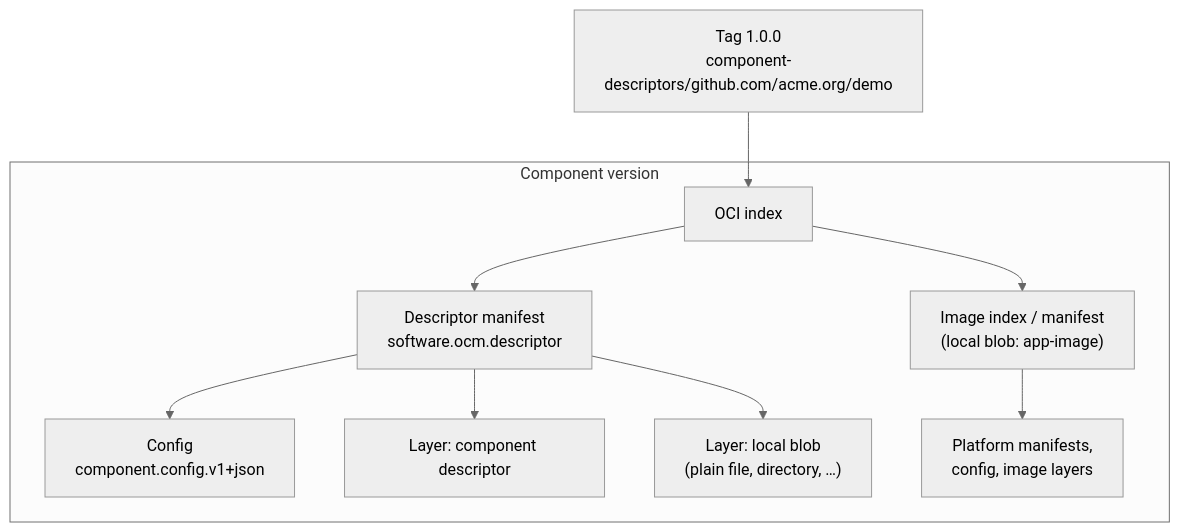
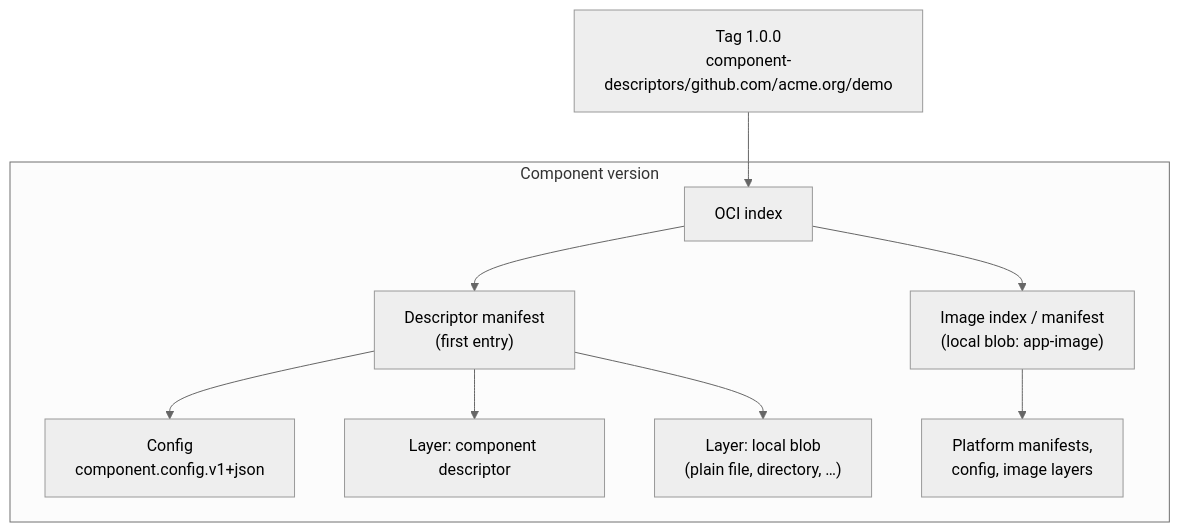
One commit to open-component-model/open-component-model changed the second of 2 diagrams in website/content/docs/concepts/component-storage.md. Above: the diagram before and after it, drawn with Mermaid (neutral theme). The commit also changed other lines of this file, not shown here.

First line of the commit message:
docs(concepts): add sample manifest and index to storage page

````diff
--- a/website/content/docs/concepts/component-storage.md
+++ b/website/content/docs/concepts/component-storage.md
@@ -61,14 +117,14 @@
 ```mermaid
 flowchart TD
     tag["Tag 1.0.0<br/>component-descriptors/github.com/acme.org/demo"] --> idx
 
     subgraph cv["Component version"]
         idx["OCI index"]
-        idx --> dm["Descriptor manifest<br/>software.ocm.descriptor"]
+        idx --> dm["Descriptor manifest<br/>(first entry)"]
         idx --> img["Image index / manifest<br/>(local blob: app-image)"]
         dm --> cfg["Config<br/>component.config.v1+json"]
         dm --> cd["Layer: component descriptor"]
         dm --> lb["Layer: local blob<br/>(plain file, directory, …)"]
         img --> imgm["Platform manifests,<br/>config, image layers"]
     end
 ```
````
